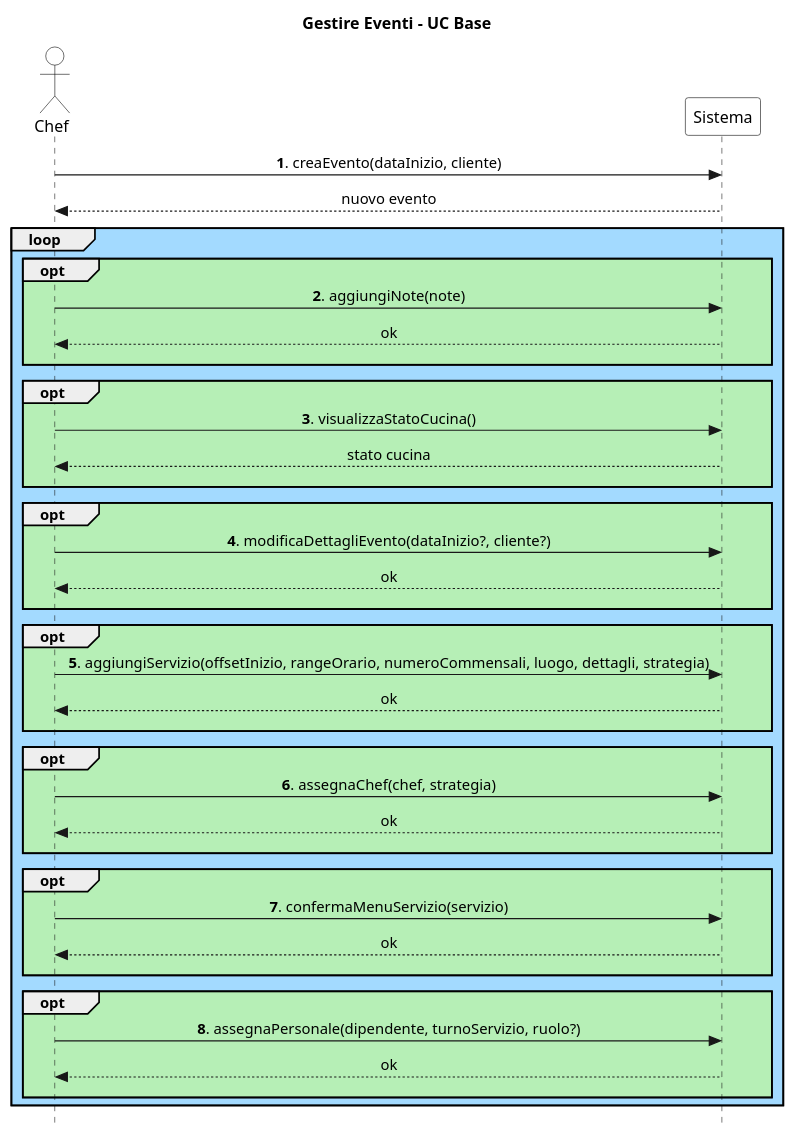
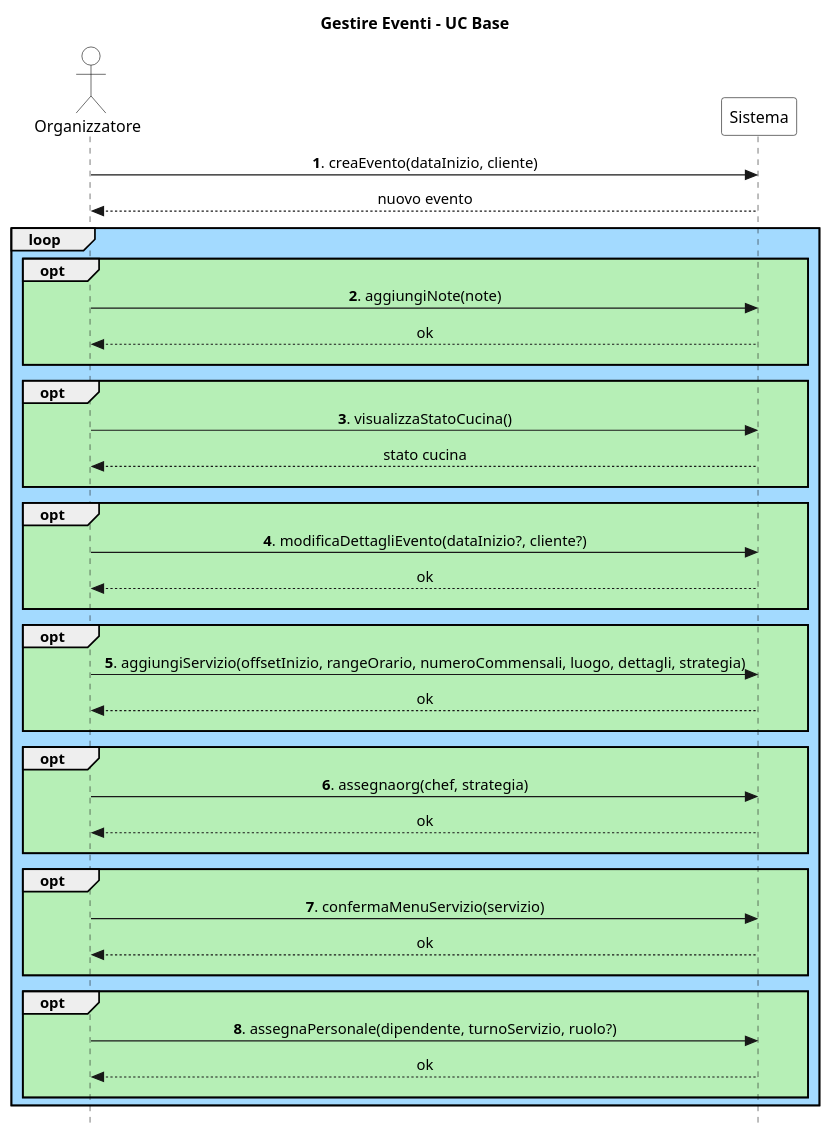
One commit to stefa168/sas-project changed the diagram in UP/Requisiti/UC Gestire Eventi/SSD/Base.puml. Above: the diagram before and after it, drawn with PlantUML. The commit also changed 5 other files, not shown here.

```diff
--- a/UP/Requisiti/UC Gestire Eventi/SSD/Base.puml
+++ b/UP/Requisiti/UC Gestire Eventi/SSD/Base.puml
@@ -1,63 +1,63 @@
 @startuml
 skinparam Style strictuml
 skinparam SequenceMessageAlign center
 
 skinparam sequence {
     ActorBorderColor Black
     ActorBackgroundColor White
     ParticipantBorderColor Black
     ParticipantBackgroundColor White
 }
 
-actor Chef
+actor "Organizzatore" as org
 participant Sistema
 
 title Gestire Eventi - UC Base
 
-Chef -> Sistema: **1**. creaEvento(dataInizio, cliente)
+org -> Sistema: **1**. creaEvento(dataInizio, cliente)
 return nuovo evento
 
 loop #a3daff
     opt #b6efb6
-        Chef -> Sistema: **2**. aggiungiNote(note)
+        org -> Sistema: **2**. aggiungiNote(note)
         return ok
         ||10||
     end
 
     opt #b6efb6
-        Chef -> Sistema: **3**. visualizzaStatoCucina()
+        org -> Sistema: **3**. visualizzaStatoCucina()
         return stato cucina
         ||10||
     end
 
     opt #b6efb6
-        Chef -> Sistema: **4**. modificaDettagliEvento(dataInizio?, cliente?)
+        org -> Sistema: **4**. modificaDettagliEvento(dataInizio?, cliente?)
         return ok
         ||10||
     end
 
     opt #b6efb6
-        Chef -> Sistema: **5**. aggiungiServizio(offsetInizio, rangeOrario, numeroCommensali, luogo, dettagli, strategia)
+        org -> Sistema: **5**. aggiungiServizio(offsetInizio, rangeOrario, numeroCommensali, luogo, dettagli, strategia)
         return ok
         ||10||
     end
 
     opt #b6efb6
-        Chef -> Sistema: **6**. assegnaChef(chef, strategia)
+        org -> Sistema: **6**. assegnaorg(chef, strategia)
         return ok
         ||10||
     end
 
     opt #b6efb6
-        Chef -> Sistema: **7**. confermaMenuServizio(servizio)
+        org -> Sistema: **7**. confermaMenuServizio(servizio)
         return ok
         ||10||
     end
 
     opt #b6efb6
-        Chef -> Sistema: **8**. assegnaPersonale(dipendente, turnoServizio, ruolo?)
+        org -> Sistema: **8**. assegnaPersonale(dipendente, turnoServizio, ruolo?)
         return ok
         ||10||
     end
 end
 @enduml
```
